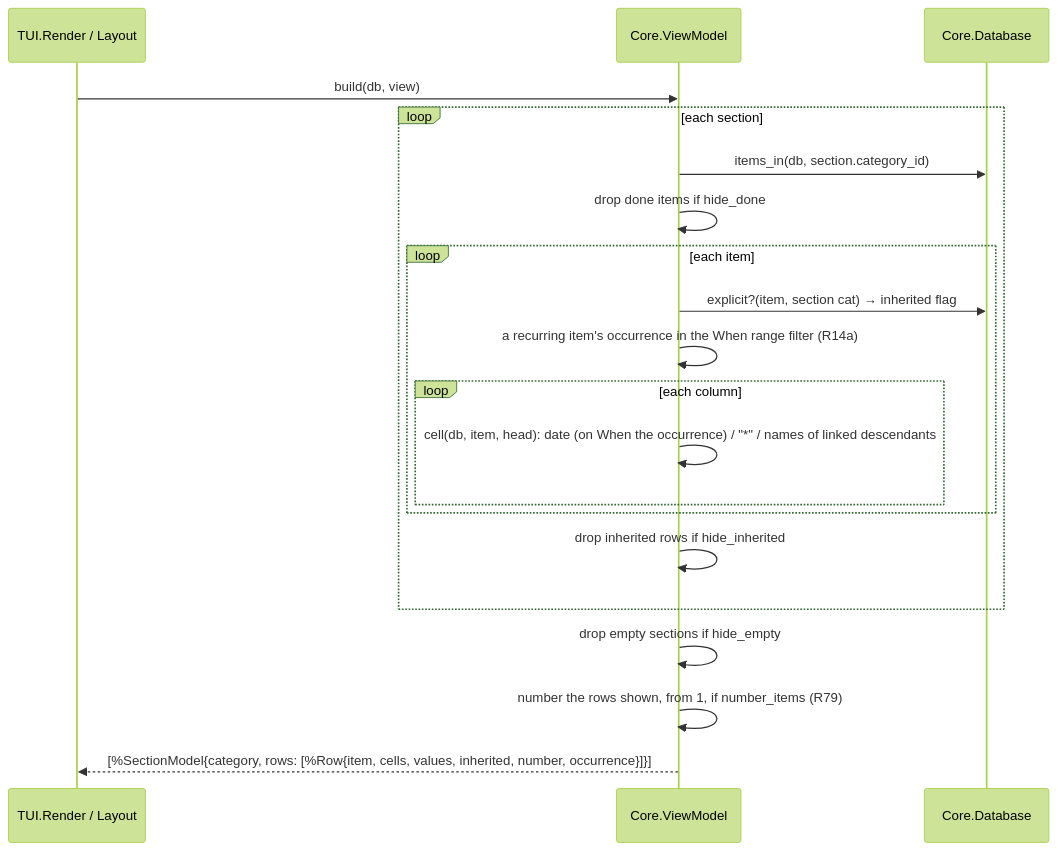
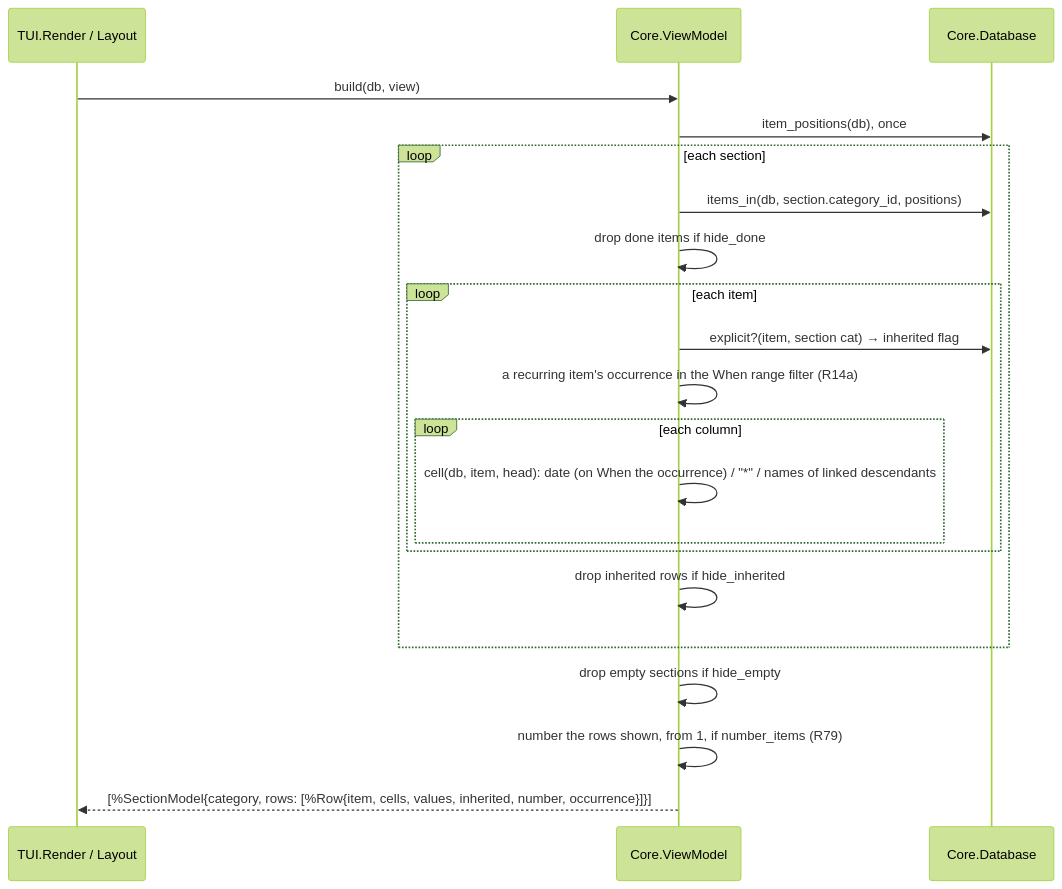
The seventh of 7 diagrams in docs/DATA_ACCESS.md (jamting/agendum), drawn with Mermaid (forest theme) before and after one commit. The commit also changed other lines of this file and 10 other files, not shown here.

````diff
--- a/docs/DATA_ACCESS.md
+++ b/docs/DATA_ACCESS.md
@@ -341,22 +342,23 @@
 ```mermaid
 sequenceDiagram
     participant R as TUI.Render / Layout
     participant VM as Core.ViewModel
     participant D as Core.Database
     R->>VM: build(db, view)
+    VM->>D: item_positions(db), once
     loop each section
-        VM->>D: items_in(db, section.category_id)
+        VM->>D: items_in(db, section.category_id, positions)
         VM->>VM: drop done items if hide_done
         loop each item
             VM->>D: explicit?(item, section cat) → inherited flag
             VM->>VM: a recurring item's occurrence in the When range filter (R14a)
             loop each column
                 VM->>VM: cell(db, item, head): date (on When the occurrence) / "*" / names of linked descendants
             end
         end
         VM->>VM: drop inherited rows if hide_inherited
     end
     VM->>VM: drop empty sections if hide_empty
     VM->>VM: number the rows shown, from 1, if number_items (R79)
     VM-->>R: [%SectionModel{category, rows: [%Row{item, cells, values, inherited, number, occurrence}]}]
 ```
````
